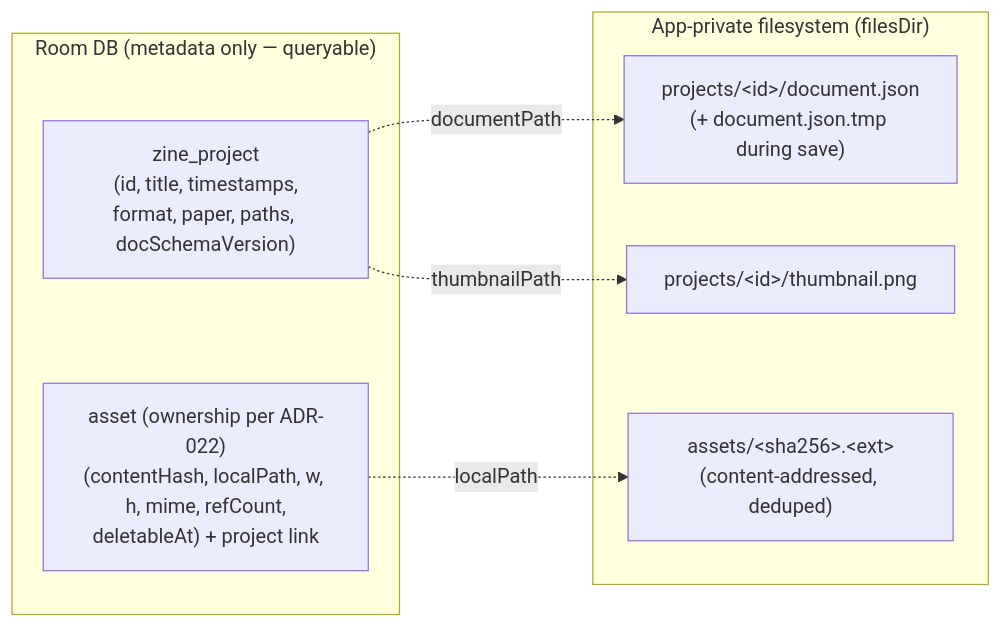
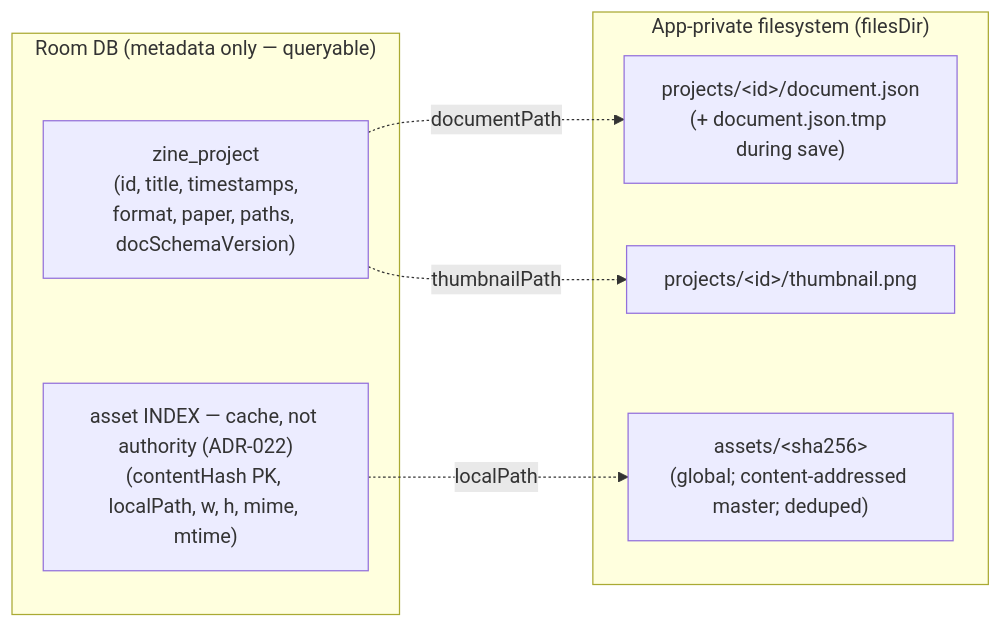
Before and after one commit to aritr-codes/zinely-android: the second of 7 diagrams in docs/spikes/data-storage-layer.md, drawn with Mermaid. The commit also changed other lines of this file and 3 other files, not shown here.

````diff
--- a/docs/spikes/data-storage-layer.md
+++ b/docs/spikes/data-storage-layer.md
@@ -85,15 +85,15 @@
 ```mermaid
 flowchart LR
     subgraph db["Room DB (metadata only — queryable)"]
         T1["zine_project\n(id, title, timestamps,\nformat, paper, paths, docSchemaVersion)"]
-        T2["asset (ownership per ADR-022)\n(contentHash, localPath, w, h, mime, refCount,\ndeletableAt) + project link"]
+        T2["asset INDEX — cache, not authority (ADR-022)\n(contentHash PK, localPath, w, h, mime, mtime)"]
     end
     subgraph fs["App-private filesystem (filesDir)"]
         D1["projects/&lt;id&gt;/document.json\n(+ document.json.tmp during save)"]
         D2["projects/&lt;id&gt;/thumbnail.png"]
-        A1["assets/&lt;sha256&gt;.&lt;ext&gt;\n(content-addressed, deduped)"]
+        A1["assets/&lt;sha256&gt;\n(global; content-addressed master; deduped)"]
     end
     T1 -. "documentPath" .-> D1
     T1 -. "thumbnailPath" .-> D2
     T2 -. "localPath" .-> A1
 ```
````
